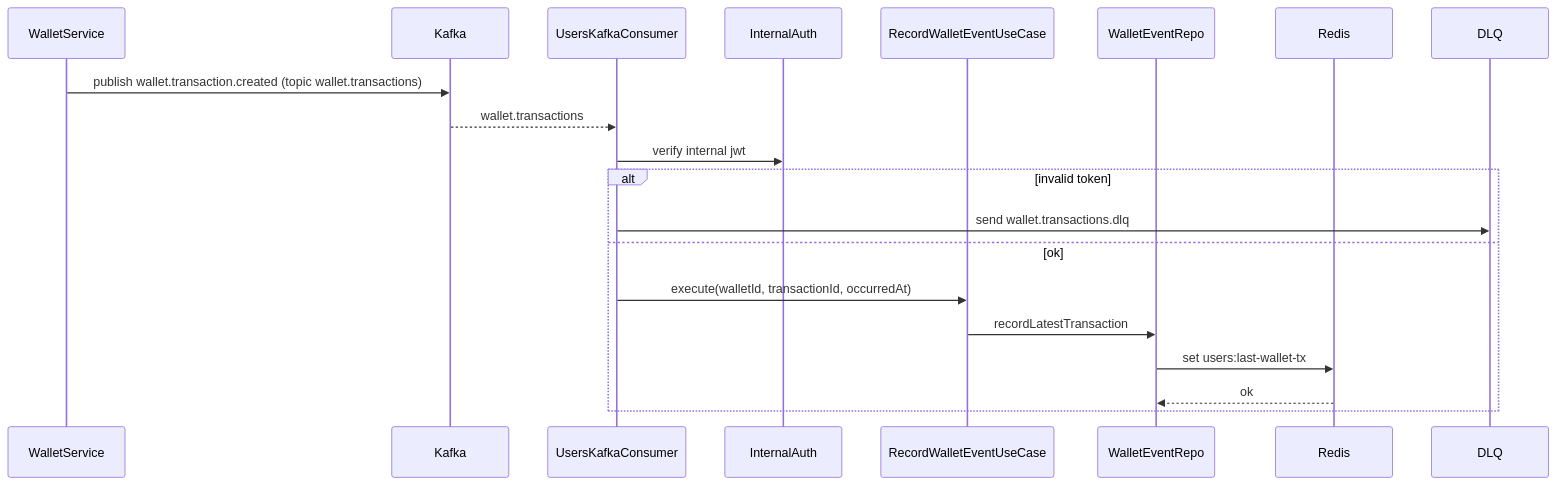
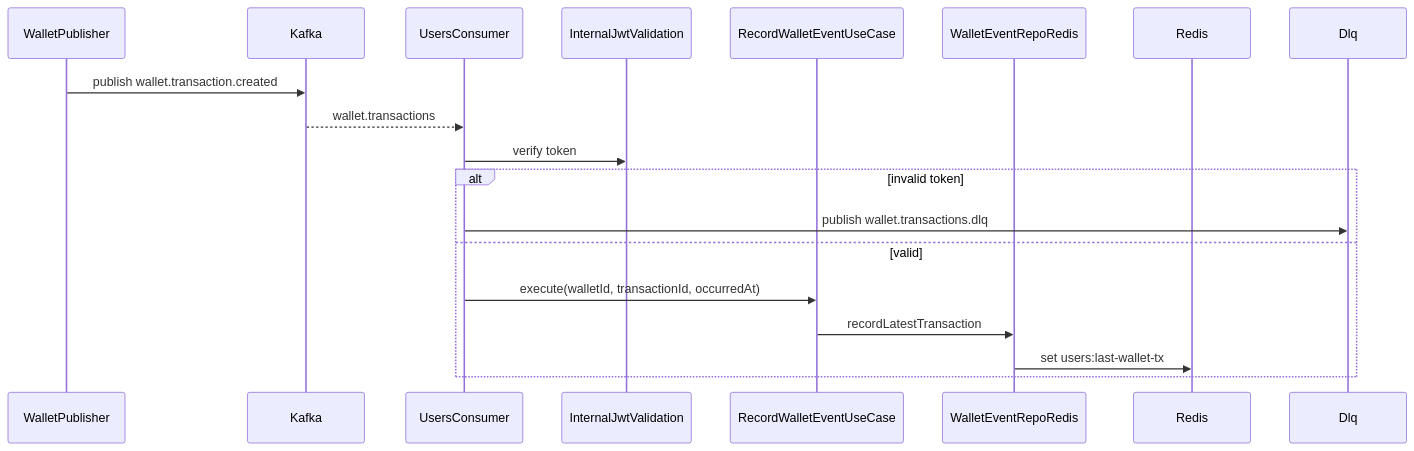
Before and after one commit to rodrigocardosodev/ilia-nodejs-challenge: the seventh of 7 diagrams in README.md, drawn with Mermaid. The commit also changed other lines of this file, not shown here.

````diff
--- a/README.md
+++ b/README.md
@@ -327,23 +406,22 @@
 ```mermaid
 sequenceDiagram
-    participant WalletService
+    participant WalletPublisher
     participant Kafka
-    participant UsersKafkaConsumer
-    participant InternalAuth
+    participant UsersConsumer
+    participant InternalJwtValidation
     participant RecordWalletEventUseCase
-    participant WalletEventRepo
+    participant WalletEventRepoRedis
     participant Redis
-    participant DLQ
+    participant Dlq
 
-    WalletService->>Kafka: publish wallet.transaction.created (topic wallet.transactions)
-    Kafka-->>UsersKafkaConsumer: wallet.transactions
-    UsersKafkaConsumer->>InternalAuth: verify internal jwt
+    WalletPublisher->>Kafka: publish wallet.transaction.created
+    Kafka-->>UsersConsumer: wallet.transactions
+    UsersConsumer->>InternalJwtValidation: verify token
     alt invalid token
-        UsersKafkaConsumer->>DLQ: send wallet.transactions.dlq
-    else ok
-        UsersKafkaConsumer->>RecordWalletEventUseCase: execute(walletId, transactionId, occurredAt)
-        RecordWalletEventUseCase->>WalletEventRepo: recordLatestTransaction
-        WalletEventRepo->>Redis: set users:last-wallet-tx
-        Redis-->>WalletEventRepo: ok
+        UsersConsumer->>Dlq: publish wallet.transactions.dlq
+    else valid
+        UsersConsumer->>RecordWalletEventUseCase: execute(walletId, transactionId, occurredAt)
+        RecordWalletEventUseCase->>WalletEventRepoRedis: recordLatestTransaction
+        WalletEventRepoRedis->>Redis: set users:last-wallet-tx
     end
 ```
````
